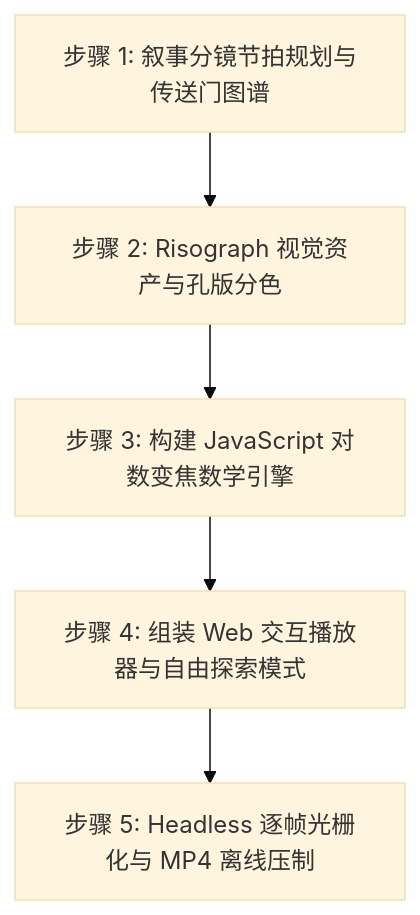
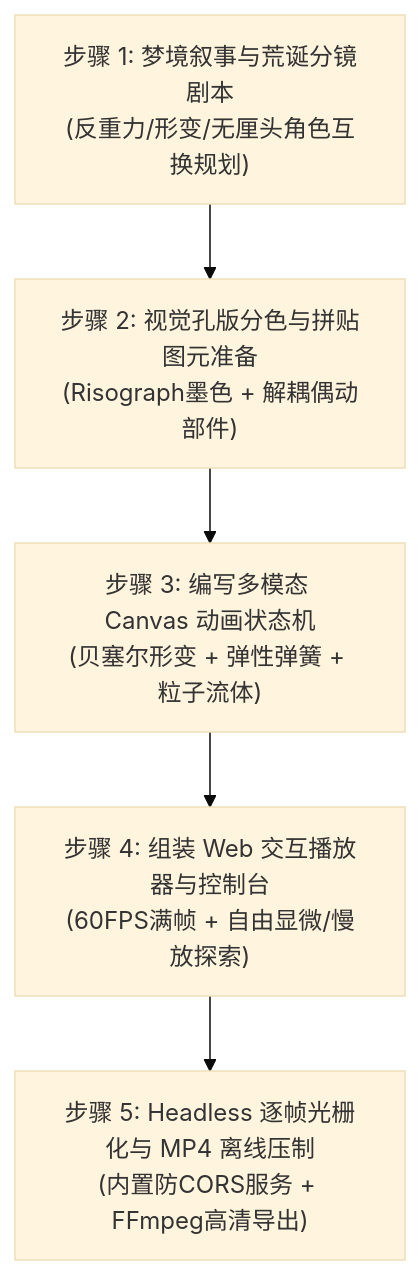
The diagram in SKILL.md (Tree-oil/Tree-JS-Infinite-Zoom-Video-Skill), drawn with Mermaid (base theme) before and after one commit. The commit also changed other lines of this file and 3 other files, not shown here.

````diff
--- a/SKILL.md
+++ b/SKILL.md
@@ -31,7 +32,7 @@
 ```mermaid
 flowchart TD
-    A["步骤 1: 叙事分镜节拍规划与传送门图谱"] --> B["步骤 2: Risograph 视觉资产与孔版分色"]
-    B --> C["步骤 3: 构建 JavaScript 对数变焦数学引擎"]
-    C --> D["步骤 4: 组装 Web 交互播放器与自由探索模式"]
-    D --> E["步骤 5: Headless 逐帧光栅化与 MP4 离线压制"]
+    A["步骤 1: 梦境叙事与荒诞分镜剧本<br/>(反重力/形变/无厘头角色互换规划)"] --> B["步骤 2: 视觉孔版分色与拼贴图元准备<br/>(Risograph墨色 + 解耦偶动部件)"]
+    B --> C["步骤 3: 编写多模态 Canvas 动画状态机<br/>(贝塞尔形变 + 弹性弹簧 + 粒子流体)"]
+    C --> D["步骤 4: 组装 Web 交互播放器与控制台<br/>(60FPS满帧 + 自由显微/慢放探索)"]
+    D --> E["步骤 5: Headless 逐帧光栅化与 MP4 离线压制<br/>(内置防CORS服务 + FFmpeg高清导出)"]
 ```
````
